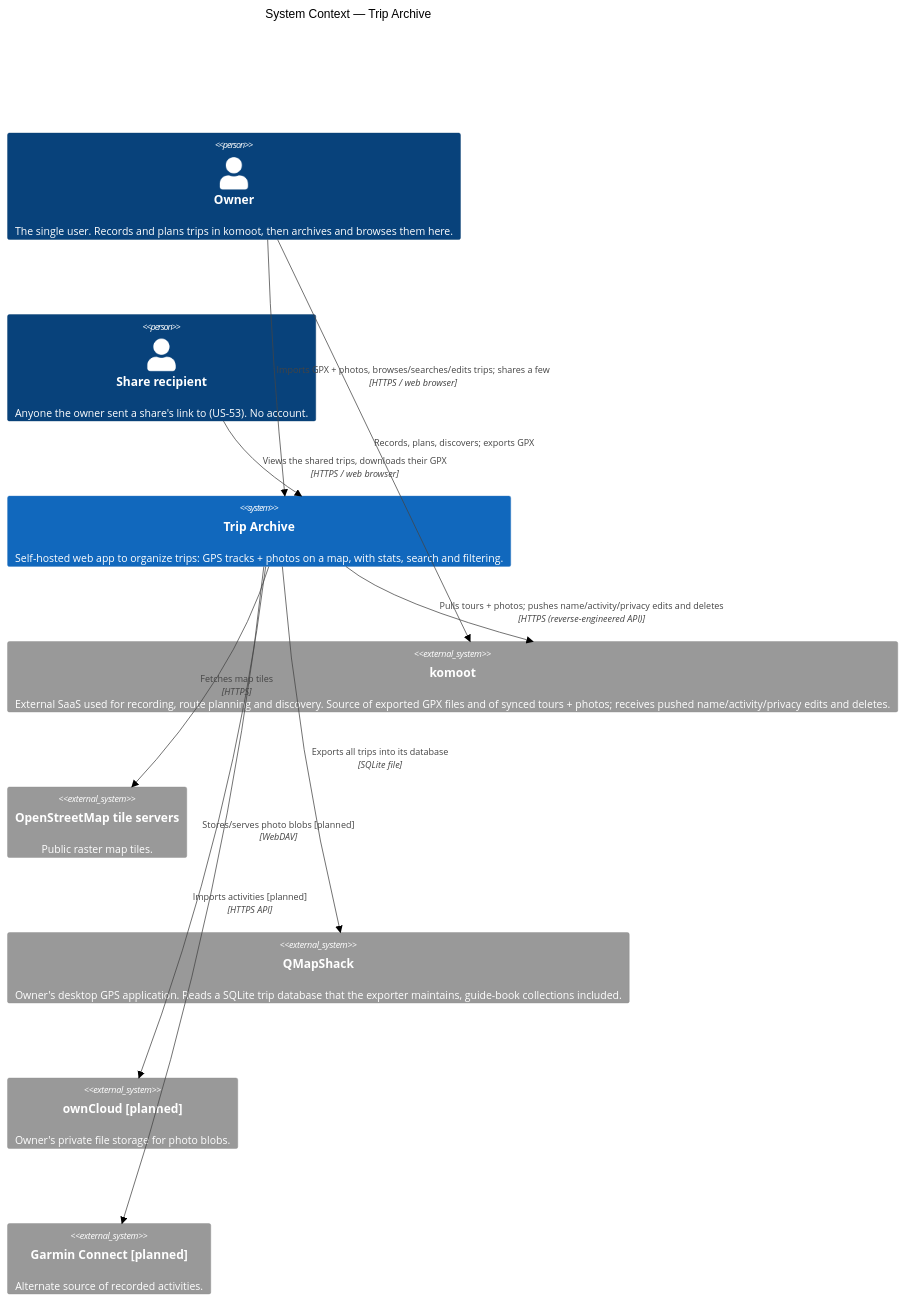
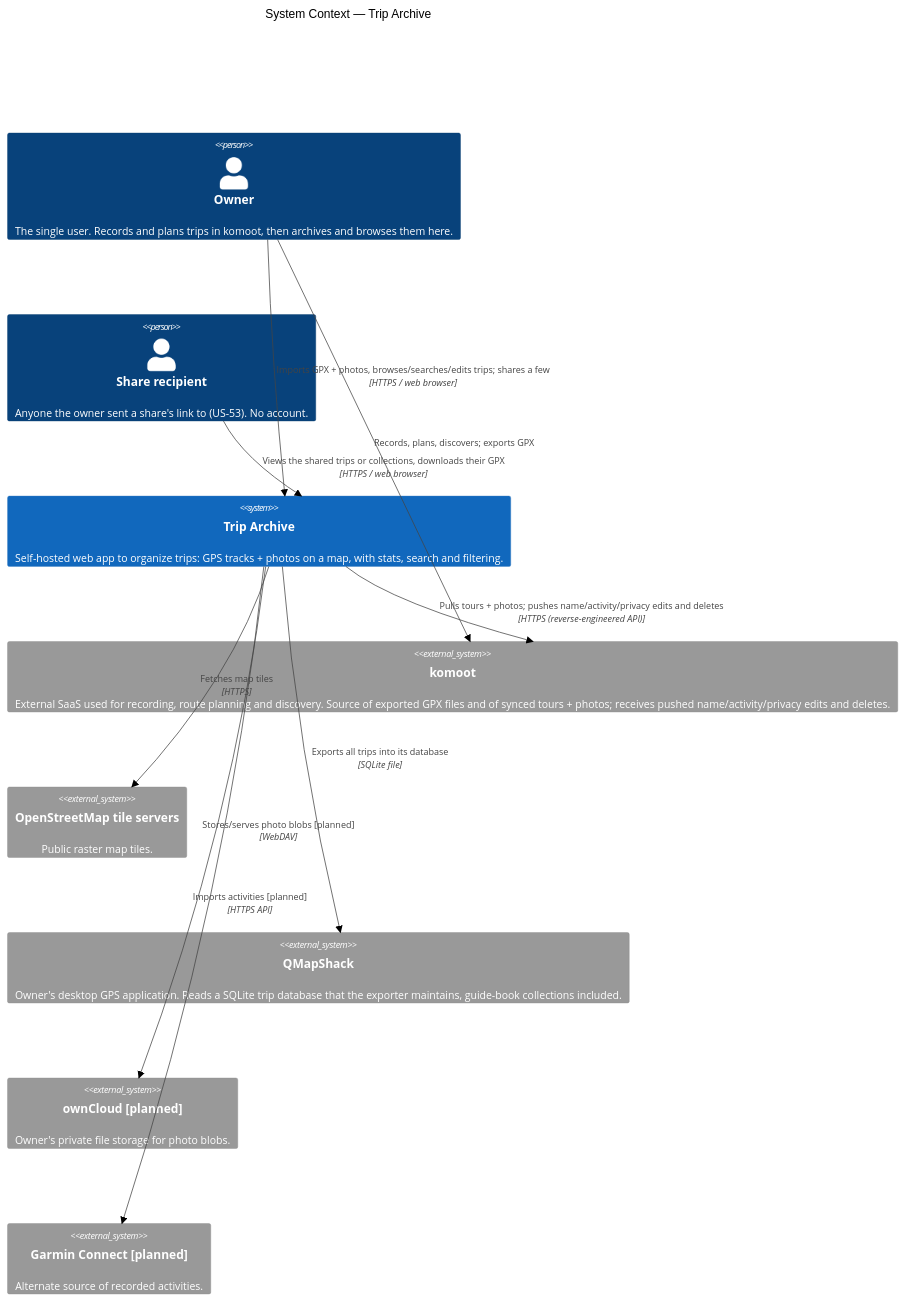
One commit to andreasholzner/gps-trips changed the first of 4 diagrams in docs/architecture.md. Above: the diagram before and after it, drawn with Mermaid (neutral theme). The commit also changed other lines of this file and 1 other file, not shown here.

Commit message:
US-94: Describe shares of collections and their tracks, and mark the story done

````diff
--- a/docs/architecture.md
+++ b/docs/architecture.md
@@ -37,26 +37,26 @@
 ```mermaid
 C4Context
     title System Context — Trip Archive
 
     Person(owner, "Owner", "The single user. Records and plans trips in komoot, then archives and browses them here.")
     Person(recipient, "Share recipient", "Anyone the owner sent a share's link to (US-53). No account.")
 
     System(tripArchive, "Trip Archive", "Self-hosted web app to organize trips: GPS tracks + photos on a map, with stats, search and filtering.")
 
     System_Ext(komoot, "komoot", "External SaaS used for recording, route planning and discovery. Source of exported GPX files and of synced tours + photos; receives pushed name/activity/privacy edits and deletes.")
     System_Ext(osm, "OpenStreetMap tile servers", "Public raster map tiles.")
     System_Ext(qms, "QMapShack", "Owner's desktop GPS application. Reads a SQLite trip database that the exporter maintains, guide-book collections included.")
     System_Ext(owncloud, "ownCloud [planned]", "Owner's private file storage for photo blobs.")
     System_Ext(garmin, "Garmin Connect [planned]", "Alternate source of recorded activities.")
 
     Rel(owner, komoot, "Records, plans, discovers; exports GPX")
     Rel(owner, tripArchive, "Imports GPX + photos, browses/searches/edits trips; shares a few", "HTTPS / web browser")
-    Rel(recipient, tripArchive, "Views the shared trips, downloads their GPX", "HTTPS / web browser")
+    Rel(recipient, tripArchive, "Views the shared trips or collections, downloads their GPX", "HTTPS / web browser")
     Rel(tripArchive, osm, "Fetches map tiles", "HTTPS")
     Rel(tripArchive, owncloud, "Stores/serves photo blobs [planned]", "WebDAV")
     Rel(tripArchive, garmin, "Imports activities [planned]", "HTTPS API")
     Rel(tripArchive, komoot, "Pulls tours + photos; pushes name/activity/privacy edits and deletes", "HTTPS (reverse-engineered API)")
     Rel(tripArchive, qms, "Exports all trips into its database", "SQLite file")
 
     UpdateLayoutConfig($c4ShapeInRow="2", $c4BoundaryInRow="1")
 ```
````
